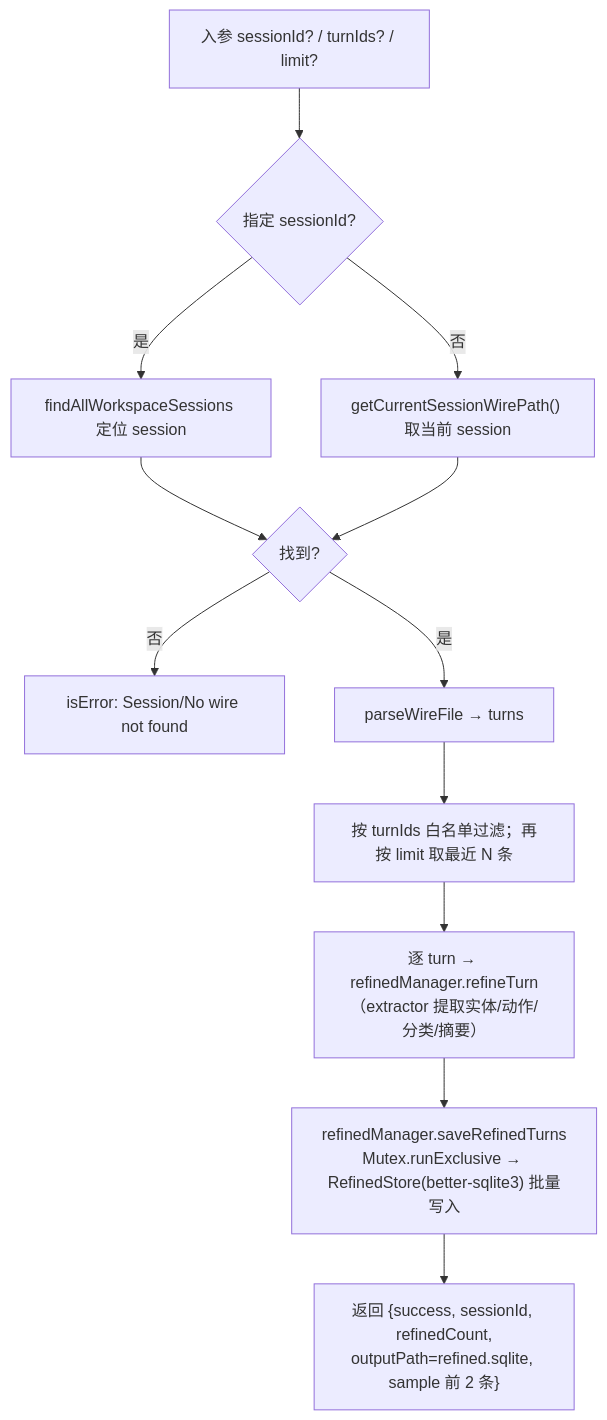
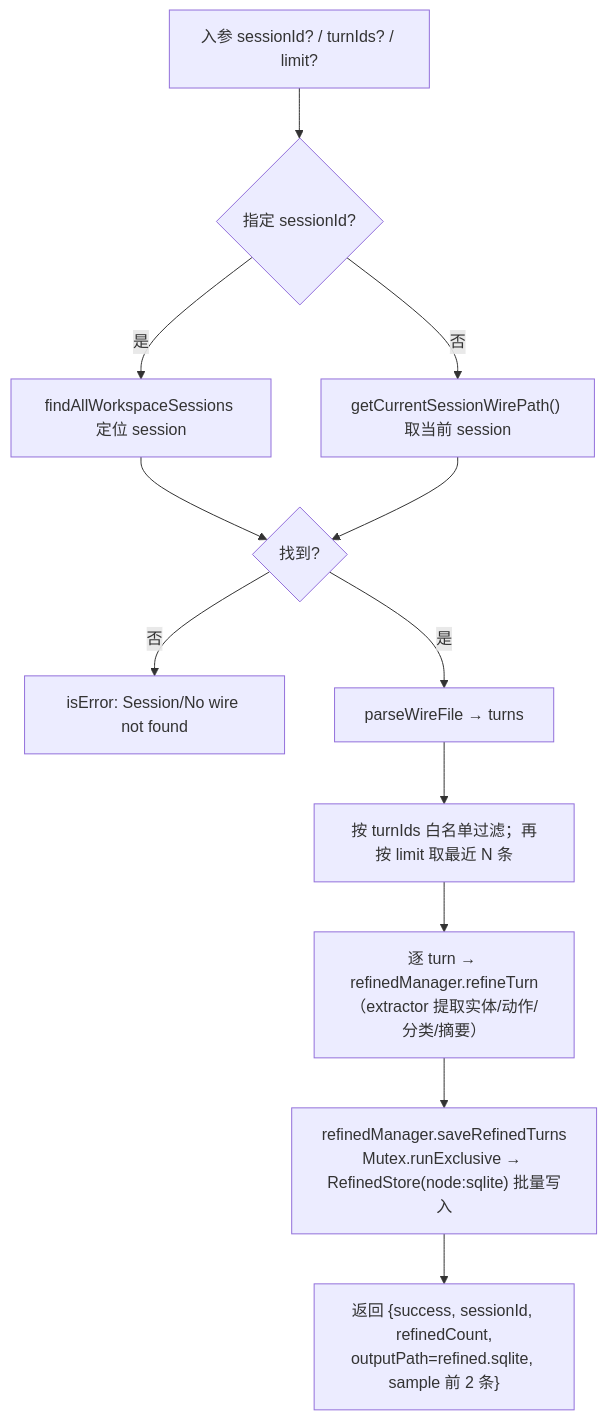
One commit to Zehee/kimi-code-memory-mcp-server changed diagram 12 of 15 in docs/flow-charts.zh-CN.md. Above: the diagram before and after it, drawn with Mermaid. The commit also changed other lines of this file and 7 other files, not shown here.

First line of the commit message:
feat(refine): migrate storage from better-sqlite3 to node:sqlite

````diff
--- a/docs/flow-charts.zh-CN.md
+++ b/docs/flow-charts.zh-CN.md
@@ -517,14 +517,14 @@
 ```mermaid
 flowchart TD
   R0["入参 sessionId? / turnIds? / limit?"] --> R1{"指定 sessionId?"}
   R1 -- 是 --> R2["findAllWorkspaceSessions 定位 session"]
   R1 -- 否 --> R3["getCurrentSessionWirePath() 取当前 session"]
   R2 --> R4{"找到?"}
   R3 --> R4
   R4 -- 否 --> RX["isError: Session/No wire not found"]
   R4 -- 是 --> R5["parseWireFile → turns"]
   R5 --> R6["按 turnIds 白名单过滤；再按 limit 取最近 N 条"]
   R6 --> R7["逐 turn → refinedManager.refineTurn<br/>（extractor 提取实体/动作/分类/摘要）"]
-  R7 --> R8["refinedManager.saveRefinedTurns<br/>Mutex.runExclusive → RefinedStore(better-sqlite3) 批量写入"]
+  R7 --> R8["refinedManager.saveRefinedTurns<br/>Mutex.runExclusive → RefinedStore(node:sqlite) 批量写入"]
   R8 --> R9["返回 {success, sessionId, refinedCount,<br/>outputPath=refined.sqlite, sample 前 2 条}"]
 ```
````
